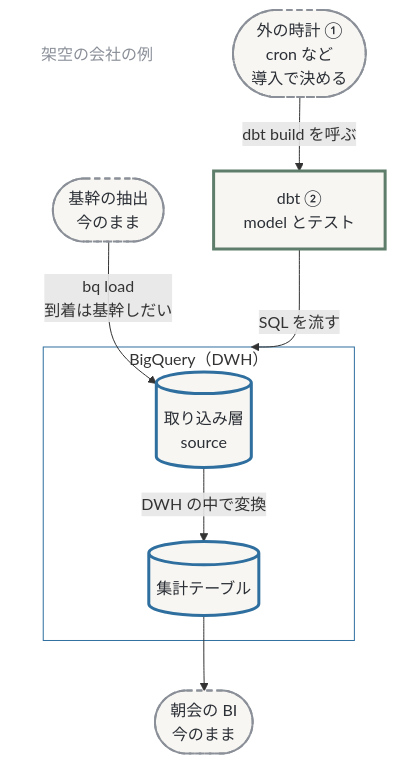
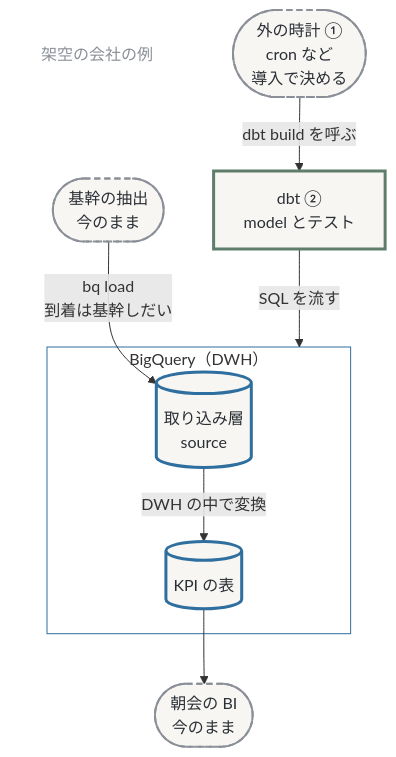
One commit to e8dev-note/zenn-content changed the third of 6 diagrams in articles/dbt-ep0-intro.md. Above: the diagram before and after it, drawn with Mermaid. The commit also changed other lines of this file, not shown here.

````diff
--- a/articles/dbt-ep0-intro.md
+++ b/articles/dbt-ep0-intro.md
@@ -184,22 +184,22 @@
 ```mermaid
 flowchart TB
   fictional["架空の会社の例"]:::note
   core-extract(["基幹の抽出<br/>今のまま"]):::keep
   scheduler(["外の時計 ①<br/>cron など<br/>導入で決める"]):::keep
   dbt["dbt ②<br/>model とテスト"]:::proc
   subgraph dwh["BigQuery（DWH）"]
     bq-raw[("取り込み層<br/>source")]:::data
-    bq-marts[("集計テーブル")]:::data
+    bq-marts[("KPI の表")]:::data
   end
   bi(["朝会の BI<br/>今のまま"]):::keep
   core-extract -->|"bq load<br/>到着は基幹しだい"| bq-raw
   scheduler -->|"dbt build を呼ぶ"| dbt
   dbt -->|"SQL を流す"| dwh
   bq-raw -->|"DWH の中で変換"| bq-marts
   bq-marts --> bi
   classDef data fill:#F7F6F2,stroke:#2F6F9F,stroke-width:3px,color:#2B2F36
   classDef proc fill:#F7F6F2,stroke:#5E7D6A,stroke-width:3px,color:#2B2F36
   classDef keep fill:#F7F6F2,stroke:#8A8F98,stroke-width:2px,stroke-dasharray:6 4,color:#2B2F36
   classDef note fill:none,stroke:none,color:#8A8F98
   style dwh fill:none,stroke:#2F6F9F
 ```
````
